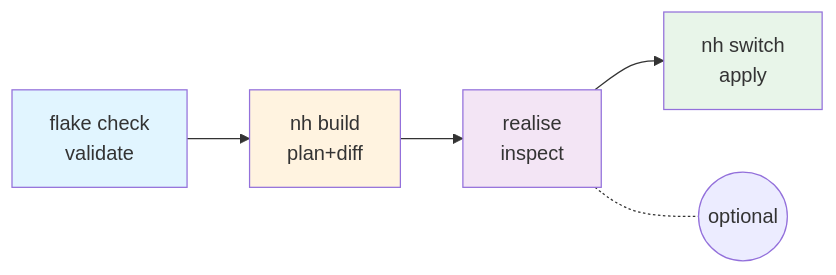
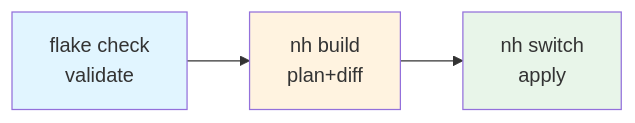
Before and after one commit to axler8r/nixotic: the diagram in docs/validation.md, drawn with Mermaid. The commit also changed other lines of this file and 13 other files, not shown here.

````diff
--- a/docs/validation.md
+++ b/docs/validation.md
@@ -8,13 +8,9 @@
 ```mermaid
 flowchart LR
     A[flake check<br/>validate] --> B[nh build<br/>plan+diff]
-    B --> C[realise<br/>inspect]
-    C --> D[nh switch<br/>apply]
-    
-    C -.- E((optional))
-    
+    B --> C[nh switch<br/>apply]
+
     style A fill:#e1f5ff
     style B fill:#fff3e0
-    style C fill:#f3e5f5
-    style D fill:#e8f5e9
+    style C fill:#e8f5e9
 ```
````
